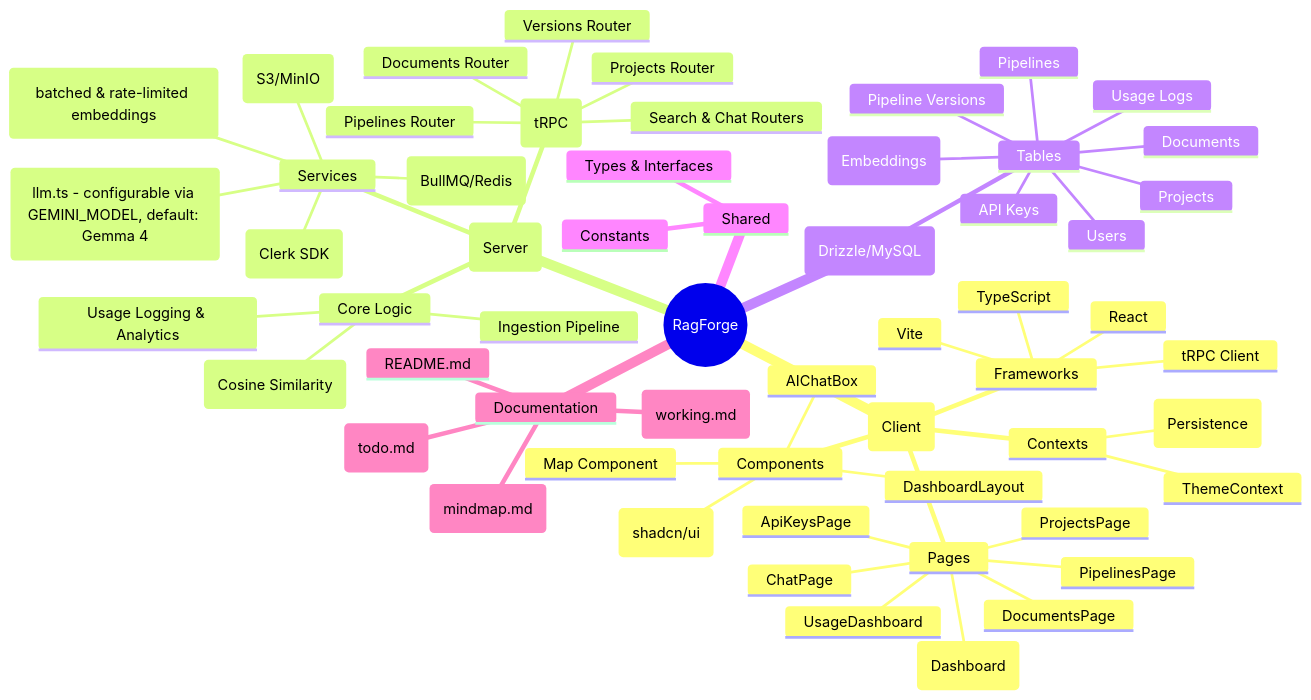
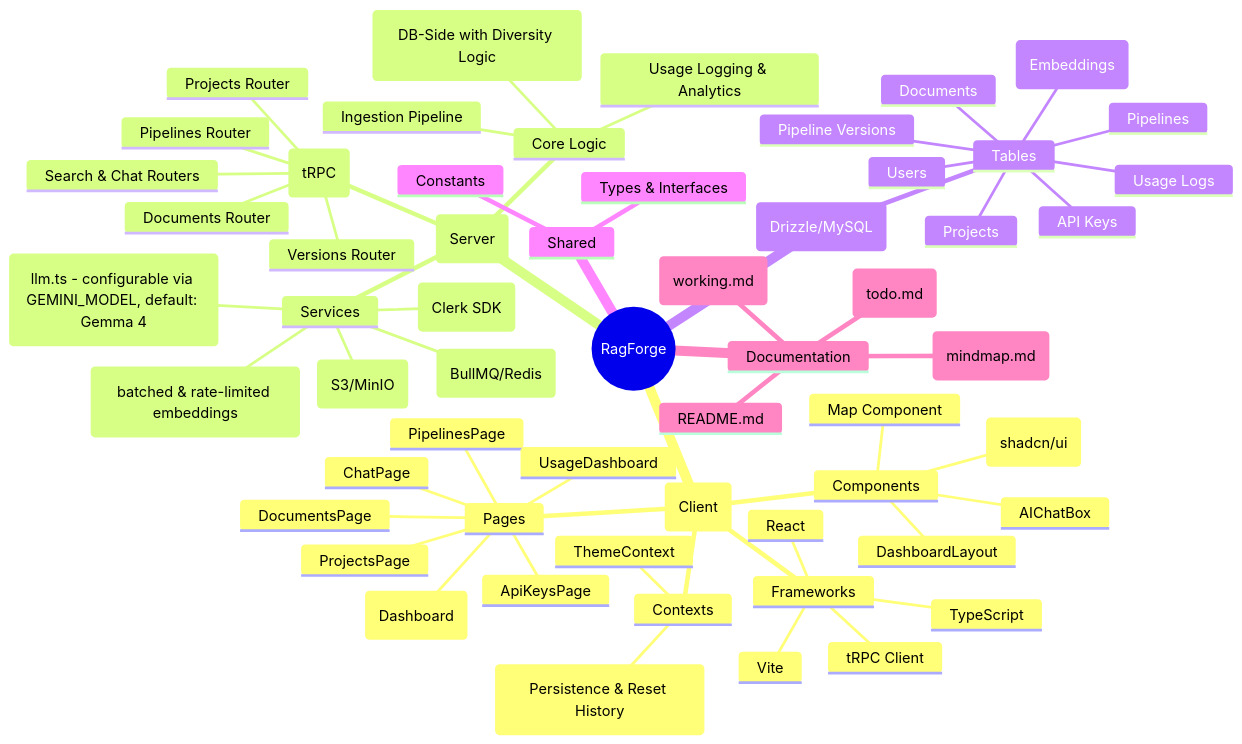
The diagram in mindmap.md (devshayan101/RAGForge), drawn with Mermaid before and after one commit. The commit also changed other lines of this file and 6 other files, not shown here.

Commit message:
feat/ db native vector search and diversity search

````diff
--- a/mindmap.md
+++ b/mindmap.md
@@ -3,61 +3,61 @@
 ```mermaid
 mindmap
   root((RagForge))
     Frontend (Client)
       Frameworks
         Vite
         React
         TypeScript
         tRPC Client
       Pages
         Home (Dashboard)
         ProjectsPage
         PipelinesPage
         DocumentsPage
         ChatPage
         ApiKeysPage
         UsageDashboard
       Components
         AIChatBox
         DashboardLayout
         Map Component
         UI Components (shadcn/ui)
       Contexts
         ThemeContext
-        ChatContext (Persistence)
+        ChatContext (Persistence & Reset History)
     Backend (Server)
       API (tRPC)
         Projects Router
         Pipelines Router
         Versions Router
         Documents Router
         Search & Chat Routers
       Services
         LLM Integration (llm.ts - configurable via GEMINI_MODEL, default: Gemma 4)
         Document Processing (batched & rate-limited embeddings)
         Queue Management (BullMQ/Redis)
         Storage Service (S3/MinIO)
         Authentication (Clerk SDK)
       Core Logic
-        Vector Search (Cosine Similarity)
+        Vector Search (DB-Side with Diversity Logic)
         Ingestion Pipeline
         Usage Logging & Analytics
     Database (Drizzle/MySQL)
       Tables
         Users
         Projects
         Pipelines
         Pipeline Versions
         Documents
         Chunks (Embeddings)
         API Keys
         Usage Logs
     Shared
       Types & Interfaces
       Constants
     Documentation
       README.md
       Mind-map (mindmap.md)
       Working Guide (working.md)
       TODO (todo.md)
 ```
````
